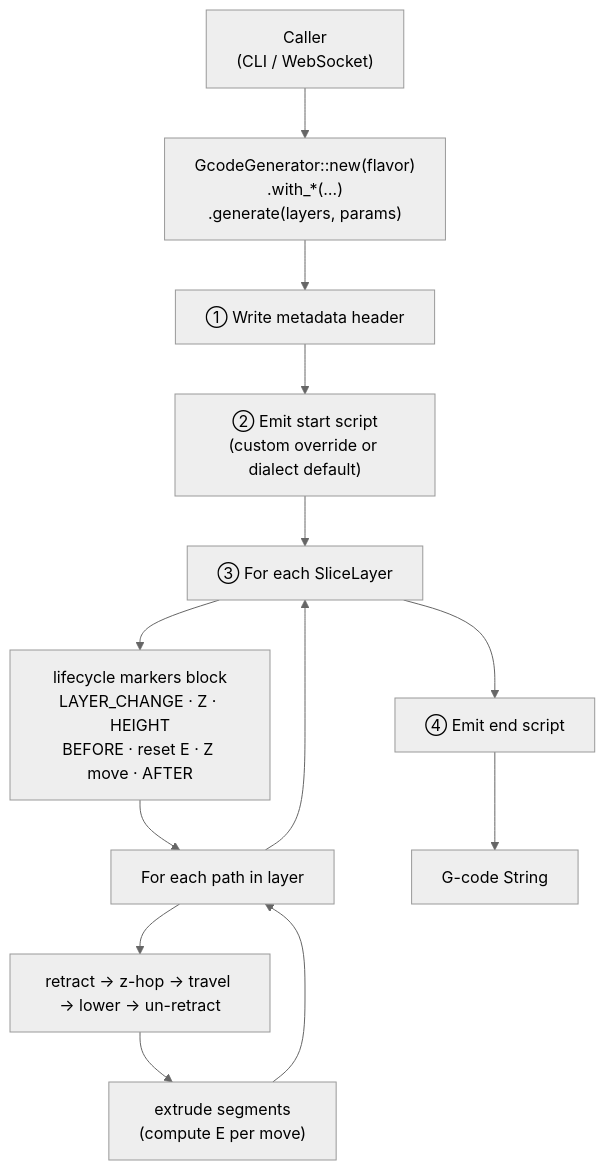
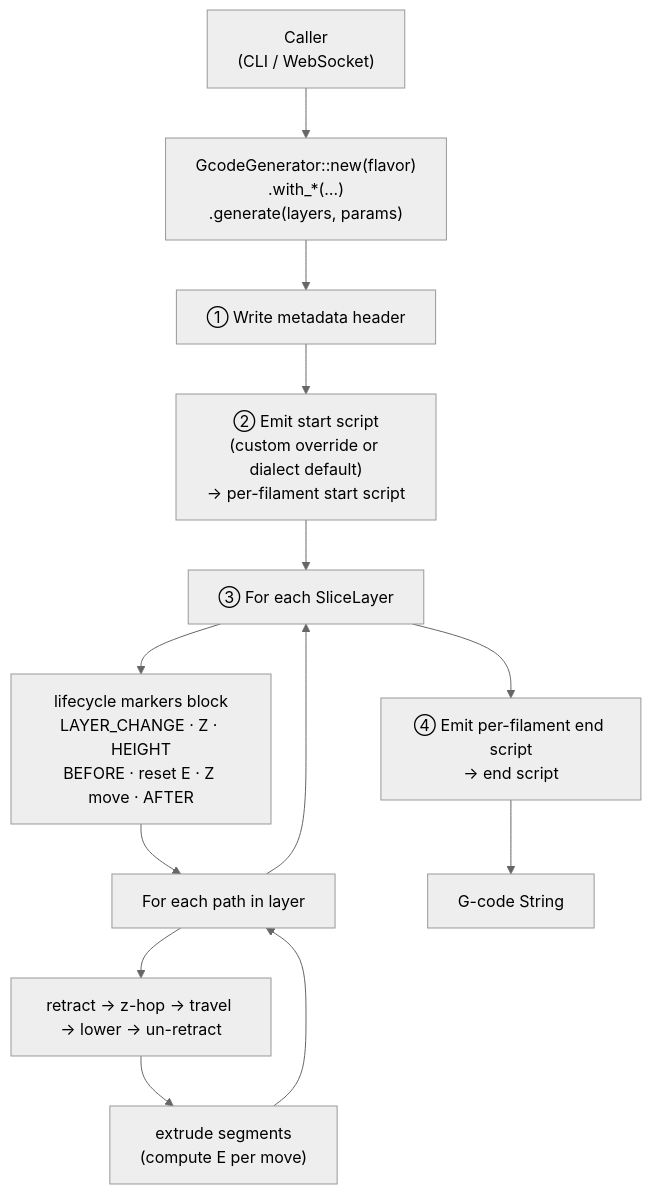
Before and after one commit to ColdCrabby/slicer: the first of 6 diagrams in src/gcode/README.md, drawn with Mermaid (neutral theme). The commit also changed 11 other files, not shown here.

First line of the commit message:
gcode: per-filament start/end G-code hooks (#101) (#211)

````diff
--- a/src/gcode/README.md
+++ b/src/gcode/README.md
@@ -29,20 +29,20 @@
 ```mermaid
 flowchart TD
     caller["Caller\n(CLI / WebSocket)"]
     gen["GcodeGenerator::new(flavor)\n.with_*(…)\n.generate(layers, params)"]
     header["① Write metadata header"]
-    start["② Emit start script\n(custom override or dialect default)"]
+    start["② Emit start script\n(custom override or dialect default)\n→ per-filament start script"]
     layers["③ For each SliceLayer"]
     markers["lifecycle markers block\nLAYER_CHANGE · Z · HEIGHT\nBEFORE · reset E · Z move · AFTER"]
     paths["For each path in layer"]
     retract["retract → z-hop → travel → lower → un-retract"]
     extrude["extrude segments\n(compute E per move)"]
-    footer["④ Emit end script"]
+    footer["④ Emit per-filament end script\n→ end script"]
     out["G-code String"]
 
     caller --> gen --> header --> start --> layers
     layers --> markers --> paths --> retract --> extrude
     extrude --> paths
     paths --> layers
     layers --> footer --> out
 ```
````
